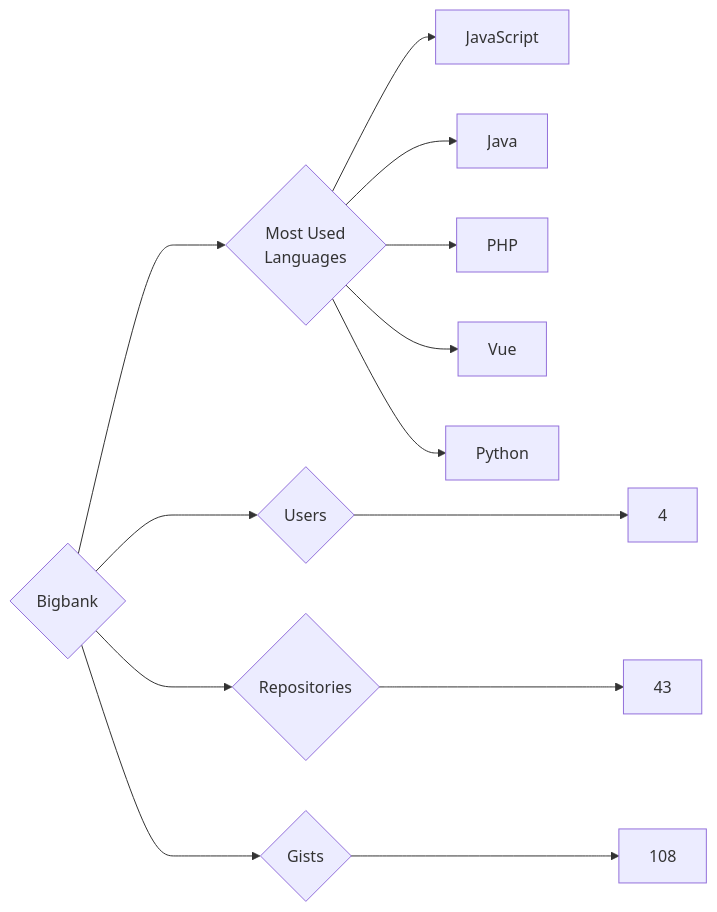
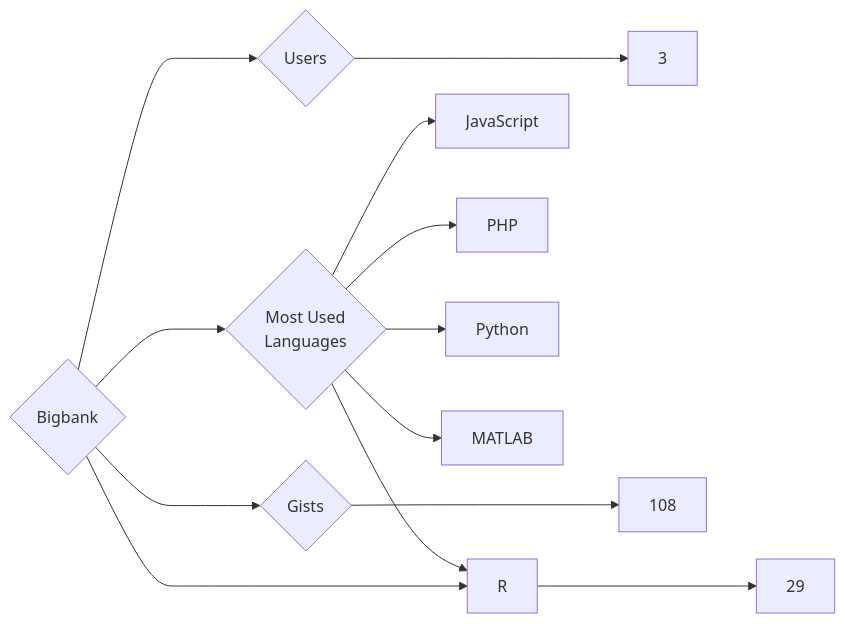
The diagram in targets/Bigbank/README.md (trickest/insiders), drawn with Mermaid before and after one commit. The commit also changed 1020 other files, not shown here.

````diff
--- a/targets/Bigbank/README.md
+++ b/targets/Bigbank/README.md
@@ -3,13 +3,13 @@
 ```mermaid
 graph LR
 COMPANY_NAME{Bigbank}
-COMPANY_NAME ---> U{Users} ---> UN[4]
-COMPANY_NAME ---> R{Repositories} ---> RN[43]
+COMPANY_NAME ---> U{Users} ---> UN[3]
+COMPANY_NAME ---> R{Repositories} ---> RN[29]
 COMPANY_NAME ---> G{Gists} ---> GN[108]
 COMPANY_NAME ---> ML{Most Used<br>Languages}
 ML --> JavaScript[JavaScript]
-ML --> Java[Java]
 ML --> PHP[PHP]
-ML --> Vue[Vue]
 ML --> Python[Python]
+ML --> MATLAB[MATLAB]
+ML --> R[R]
 ```
````
